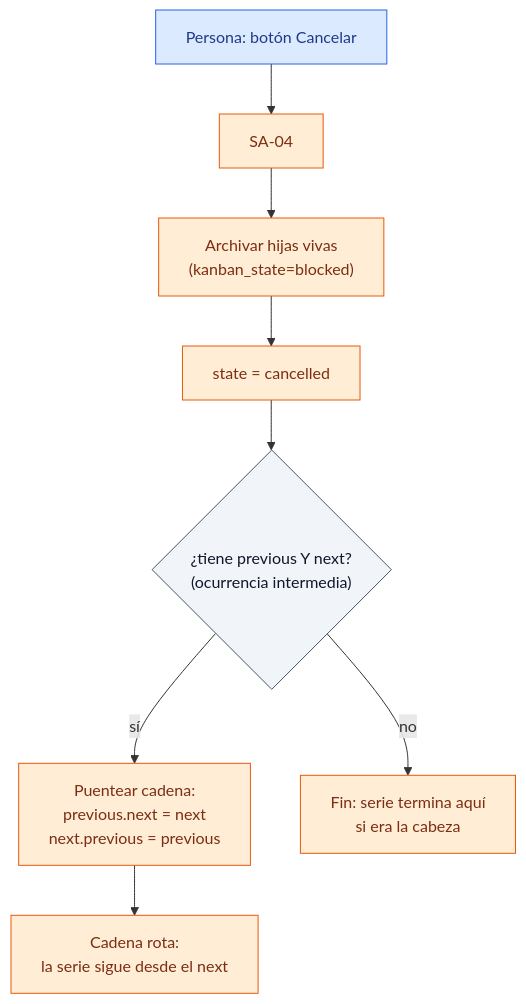
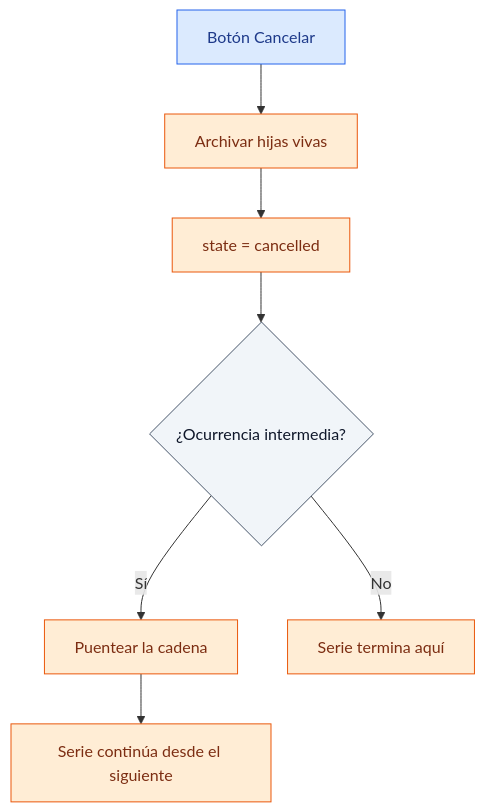
Before and after one commit to dcuerowe/odoo_con_mantenciones: the ninth of 18 diagrams in maintenance_plan/PROCESOS_Y_FLUJOS.md, drawn with Mermaid. The commit also changed other lines of this file and 1 other file, not shown here.

````diff
--- a/maintenance_plan/PROCESOS_Y_FLUJOS.md
+++ b/maintenance_plan/PROCESOS_Y_FLUJOS.md
@@ -253,17 +270,16 @@
 ```mermaid
 flowchart TD
-    A["Persona: botón Cancelar"]:::manual
-    B["SA-04"]:::auto
-    C["Archivar hijas vivas<br/>(kanban_state=blocked)"]:::auto
-    D["state = cancelled"]:::auto
-    E{"¿tiene previous Y next?<br/>(ocurrencia intermedia)"}:::dec
-    F["Puentear cadena:<br/>previous.next = next<br/>next.previous = previous"]:::auto
-    G["Cadena rota:<br/>la serie sigue desde el next"]:::auto
-    H["Fin: serie termina aquí<br/>si era la cabeza"]:::auto
-    A --> B --> C --> D --> E
-    E -->|sí| F --> G
-    E -->|no| H
+    A["Botón Cancelar"]:::manual
+    B["Archivar hijas vivas"]:::auto
+    C["state = cancelled"]:::auto
+    E{"¿Ocurrencia intermedia?"}:::dec
+    F["Puentear la cadena"]:::auto
+    G["Serie continúa desde el siguiente"]:::auto
+    H["Serie termina aquí"]:::auto
+    A --> B --> C --> E
+    E -->|Sí| F --> G
+    E -->|No| H
     classDef manual fill:#dbeafe,stroke:#2563eb,color:#1e3a8a;
     classDef auto fill:#ffedd5,stroke:#ea580c,color:#7c2d12;
     classDef dec fill:#f1f5f9,stroke:#475569,color:#0f172a;
 ```
````
